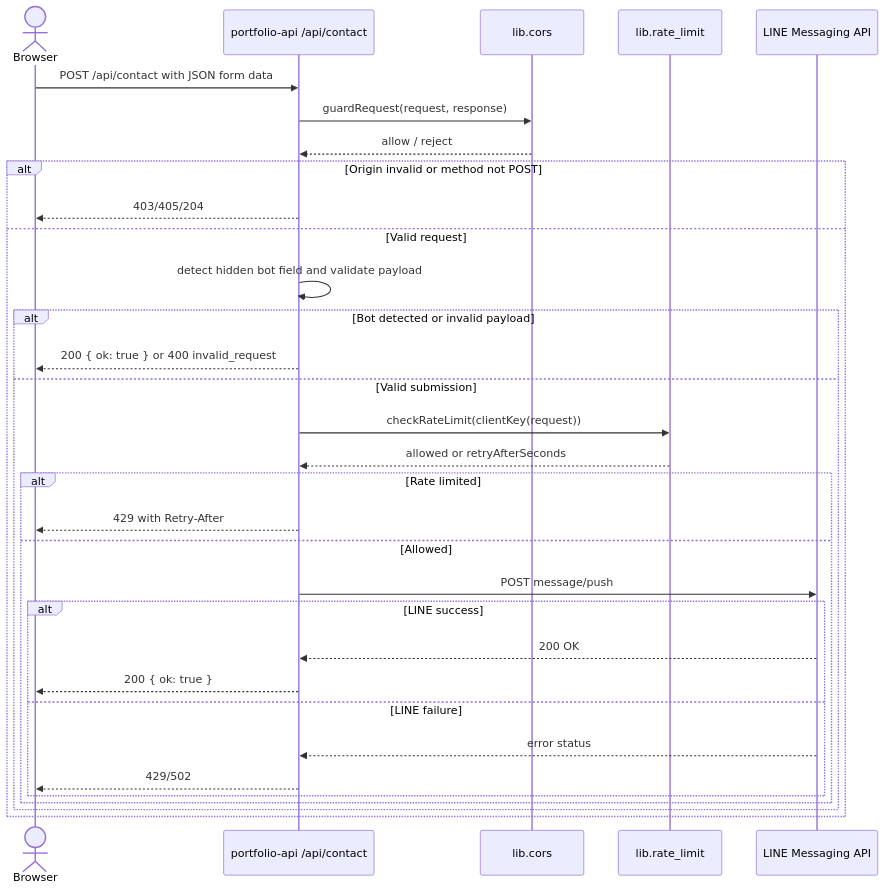
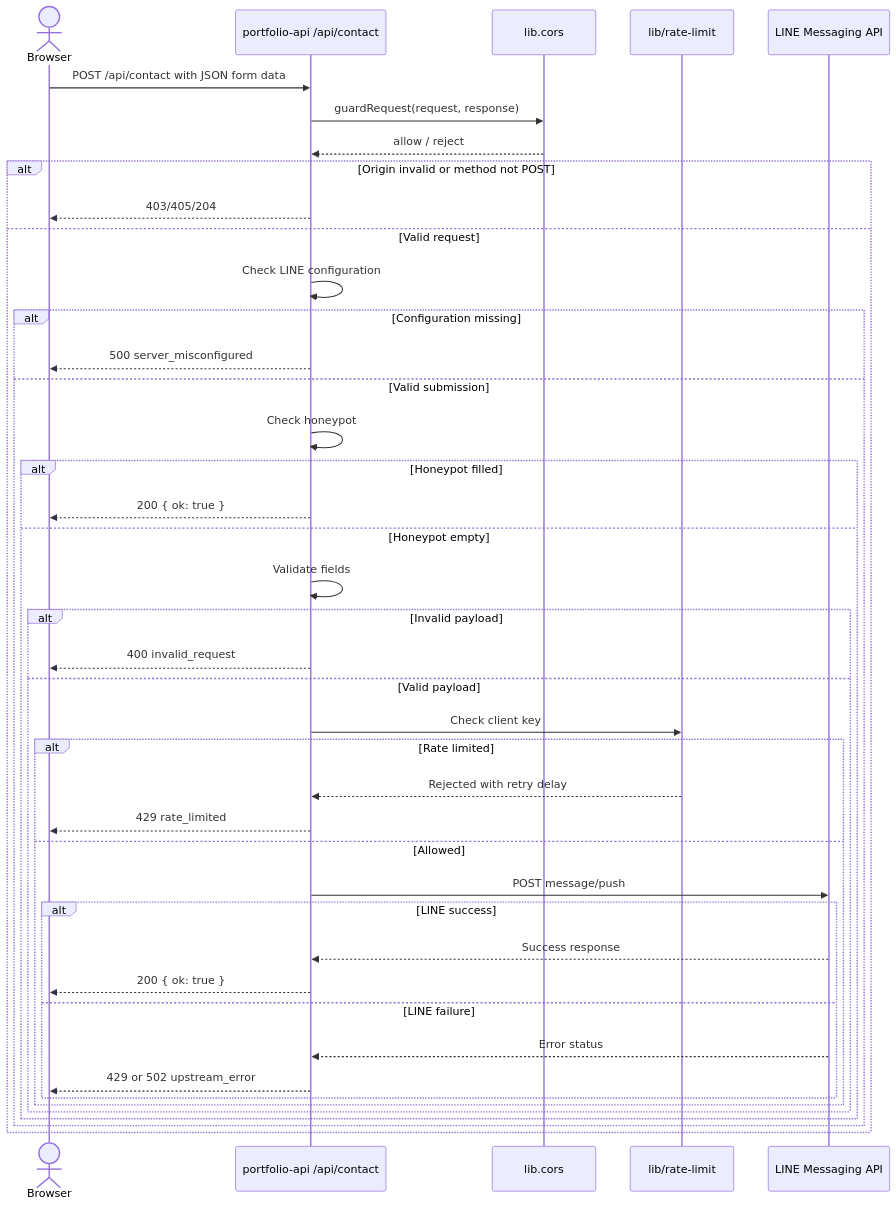
Before and after one commit to ipondnakab/ipondnakab.github.io: the diagram in portfolio-api/docs/api/contact.md, drawn with Mermaid. The commit also changed other lines of this file and 23 other files, not shown here.

````diff
--- a/portfolio-api/docs/api/contact.md
+++ b/portfolio-api/docs/api/contact.md
@@ -98,35 +95,45 @@
 ```mermaid
 sequenceDiagram
     actor Browser
     participant API as portfolio-api /api/contact
     participant Guard as lib.cors
-    participant Limit as lib.rate_limit
+    participant Limit as lib/rate-limit
     participant LINE as LINE Messaging API
 
     Browser->>API: POST /api/contact with JSON form data
     API->>Guard: guardRequest(request, response)
     Guard-->>API: allow / reject
     alt Origin invalid or method not POST
         API-->>Browser: 403/405/204
     else Valid request
-        API->>API: detect hidden bot field and validate payload
-        alt Bot detected or invalid payload
-            API-->>Browser: 200 { ok: true } or 400 invalid_request
+        API->>API: Check LINE configuration
+        alt Configuration missing
+            API-->>Browser: 500 server_misconfigured
         else Valid submission
-            API->>Limit: checkRateLimit(clientKey(request))
-            Limit-->>API: allowed or retryAfterSeconds
-            alt Rate limited
-                API-->>Browser: 429 with Retry-After
-            else Allowed
-                API->>LINE: POST message/push
-                alt LINE success
-                    LINE-->>API: 200 OK
-                    API-->>Browser: 200 { ok: true }
-                else LINE failure
-                    LINE-->>API: error status
-                    API-->>Browser: 429/502
+            API->>API: Check honeypot
+            alt Honeypot filled
+                API-->>Browser: 200 { ok: true }
+            else Honeypot empty
+                API->>API: Validate fields
+                alt Invalid payload
+                    API-->>Browser: 400 invalid_request
+                else Valid payload
+                    API->>Limit: Check client key
+                    alt Rate limited
+                        Limit-->>API: Rejected with retry delay
+                        API-->>Browser: 429 rate_limited
+                    else Allowed
+                        API->>LINE: POST message/push
+                        alt LINE success
+                            LINE-->>API: Success response
+                            API-->>Browser: 200 { ok: true }
+                        else LINE failure
+                            LINE-->>API: Error status
+                            API-->>Browser: 429 or 502 upstream_error
+                        end
+                    end
                 end
             end
         end
     end
 ```
````
